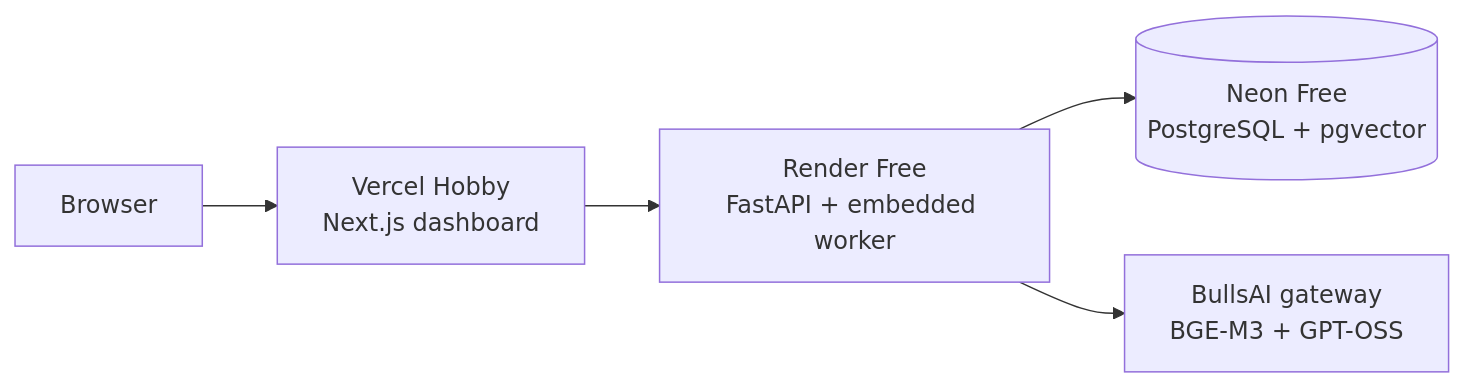
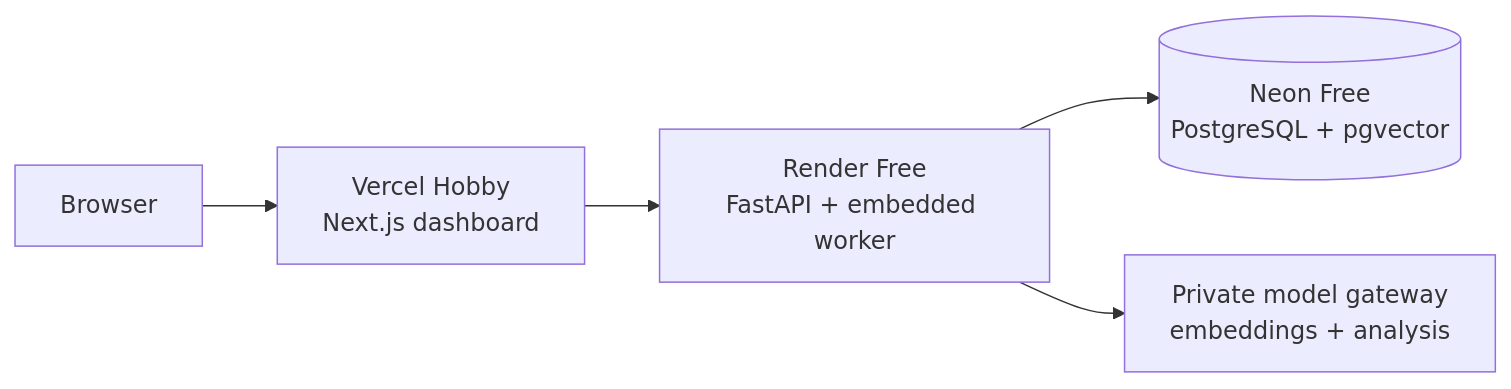
Before and after one commit to shreyas671/RootPilot: the fourth of 4 diagrams in README.md, drawn with Mermaid. The commit also changed other lines of this file and 6 other files, not shown here.

Commit message:
Remove private model gateway details from public docs

````diff
--- a/README.md
+++ b/README.md
@@ -708,7 +708,7 @@
 ```mermaid
 flowchart LR
     BROWSER[Browser] --> VERCEL[Vercel Hobby<br/>Next.js dashboard]
     VERCEL --> RENDER[Render Free<br/>FastAPI + embedded worker]
     RENDER --> NEON[(Neon Free<br/>PostgreSQL + pgvector)]
-    RENDER --> BULLSAI[BullsAI gateway<br/>BGE-M3 + GPT-OSS]
+    RENDER --> GATEWAY[Private model gateway<br/>embeddings + analysis]
 ```
````
